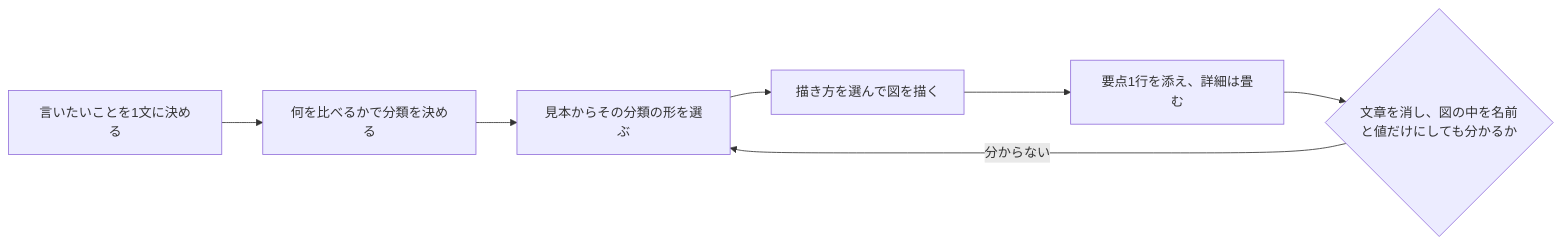
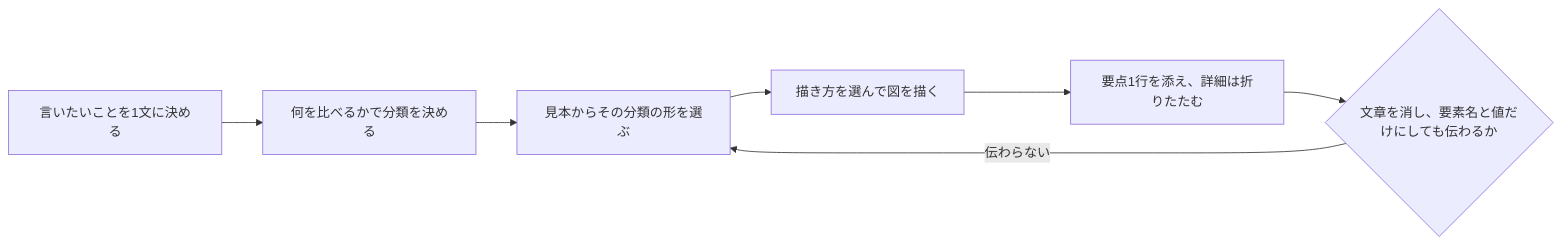
One commit to u-ichi/agent-plugins changed the diagram in plugins/figure-docs/README.md. Above: the diagram before and after it, drawn with Mermaid. The commit also changed other lines of this file and 7 other files, not shown here.

First line of the commit message:
figure-docs と README の日本語と構成を、読み手が判断しやすい形に直す

````diff
--- a/plugins/figure-docs/README.md
+++ b/plugins/figure-docs/README.md
@@ -22,9 +22,9 @@
 ```mermaid
 flowchart LR
   A["言いたいことを1文に決める"] --> B["何を比べるかで分類を決める"]
   B --> C["見本からその分類の形を選ぶ"]
   C --> D["描き方を選んで図を描く"]
-  D --> E["要点1行を添え、詳細は畳む"]
-  E --> F{"文章を消し、図の中を名前と値だけにしても分かるか"}
-  F -- "分からない" --> C
+  D --> E["要点1行を添え、詳細は折りたたむ"]
+  E --> F{"文章を消し、要素名と値だけにしても伝わるか"}
+  F -- "伝わらない" --> C
 ```
````
